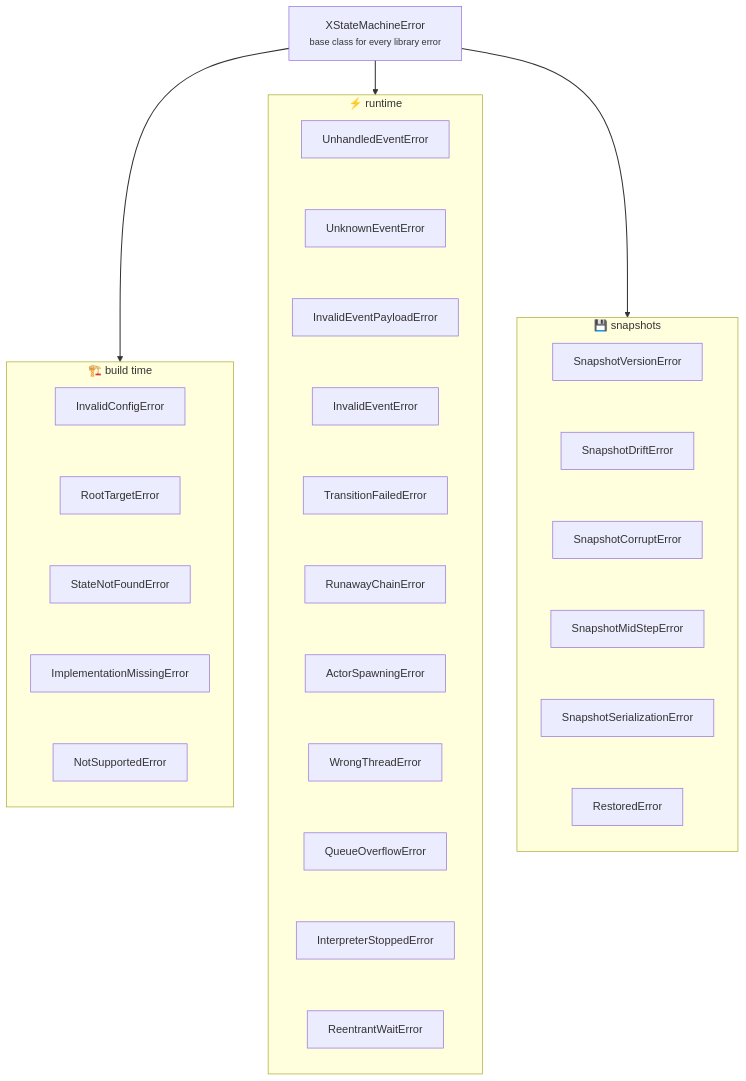
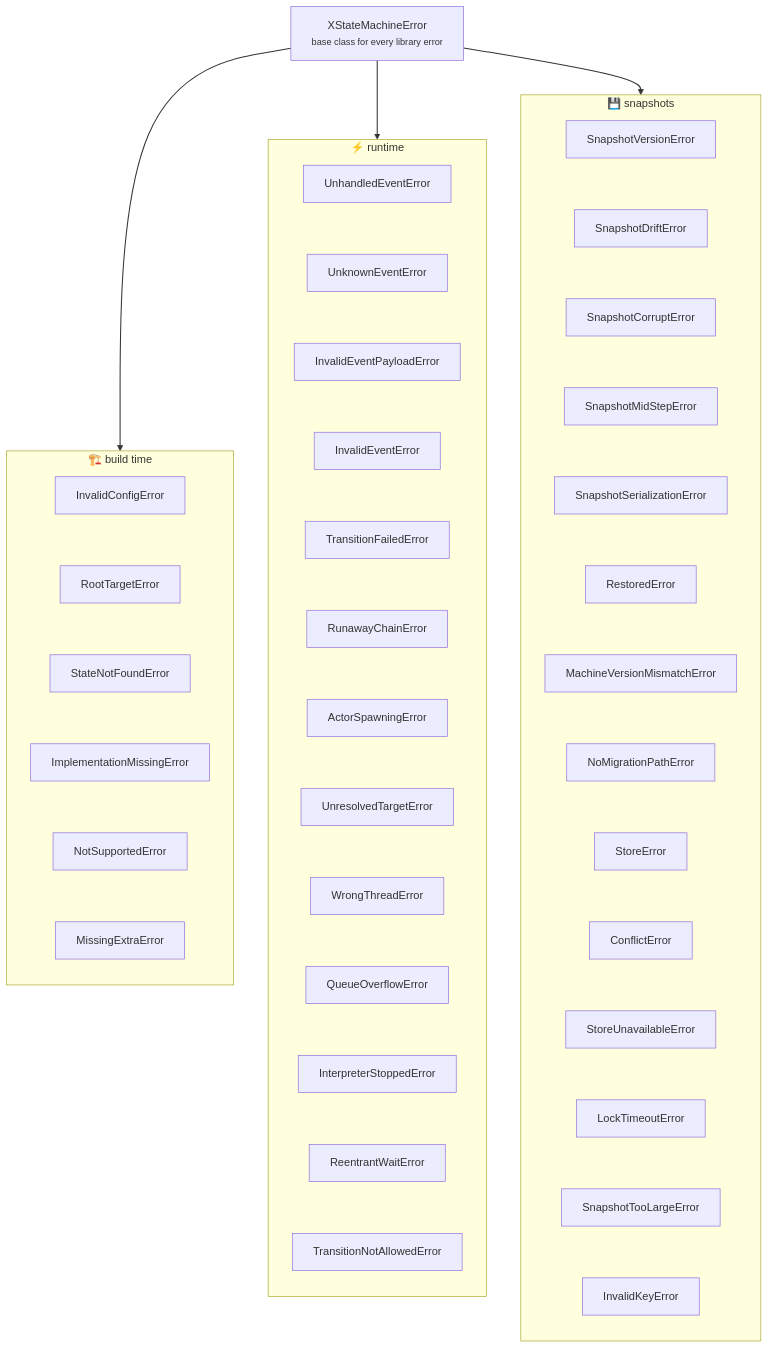
The diagram in docs/_guide/troubleshooting.md (basiltt/xstate-statemachine), drawn with Mermaid before and after one commit. The commit also changed other lines of this file and 49 other files, not shown here.

````diff
--- a/docs/_guide/troubleshooting.md
+++ b/docs/_guide/troubleshooting.md
@@ -12,23 +12,27 @@
 ```mermaid
 flowchart TB
     root["XStateMachineError<br/><small>base class for every library error</small>"]
     root --> build & run & snap
     subgraph build["🏗️ build time"]
         direction TB
         InvalidConfigError --- RootTargetError --- StateNotFoundError --- ImplementationMissingError --- NotSupportedError
+        NotSupportedError --- MissingExtraError
     end
     subgraph run["⚡ runtime"]
         direction TB
         UnhandledEventError --- UnknownEventError --- InvalidEventPayloadError --- InvalidEventError
         InvalidEventError --- TransitionFailedError --- RunawayChainError --- ActorSpawningError
-        ActorSpawningError --- WrongThreadError --- QueueOverflowError --- InterpreterStoppedError
-        InterpreterStoppedError --- ReentrantWaitError
+        ActorSpawningError --- UnresolvedTargetError --- WrongThreadError --- QueueOverflowError --- InterpreterStoppedError
+        InterpreterStoppedError --- ReentrantWaitError --- TransitionNotAllowedError
     end
     subgraph snap["💾 snapshots"]
         direction TB
         SnapshotVersionError --- SnapshotDriftError --- SnapshotCorruptError
         SnapshotCorruptError --- SnapshotMidStepError --- SnapshotSerializationError --- RestoredError
+        RestoredError --- MachineVersionMismatchError --- NoMigrationPathError
+        NoMigrationPathError --- StoreError --- ConflictError --- StoreUnavailableError
+        StoreUnavailableError --- LockTimeoutError --- SnapshotTooLargeError --- InvalidKeyError
     end
     linkStyle default stroke-width:0px
     linkStyle 0,1,2 stroke-width:1.5px
 ```
````
